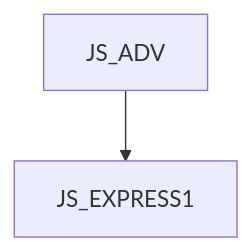
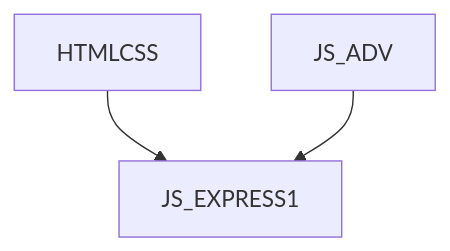
Before and after one commit to mbradic/gopas-osnovy: the diagram in JS_EXPRESS1.md, drawn with Mermaid. The commit also changed other lines of this file and 1 other file, not shown here.

Commit message:
Upravena anotace pro JS_EXPRESS1 a kurz přidán do mapy

````diff
--- a/JS_EXPRESS1.md
+++ b/JS_EXPRESS1.md
@@ -11,4 +11,5 @@
 ```mermaid
 graph TD
-    JS_ADV --> JS_EXPRESS1
+  HTMLCSS --> JS_EXPRESS1
+  JS_ADV --> JS_EXPRESS1
 ```
````
